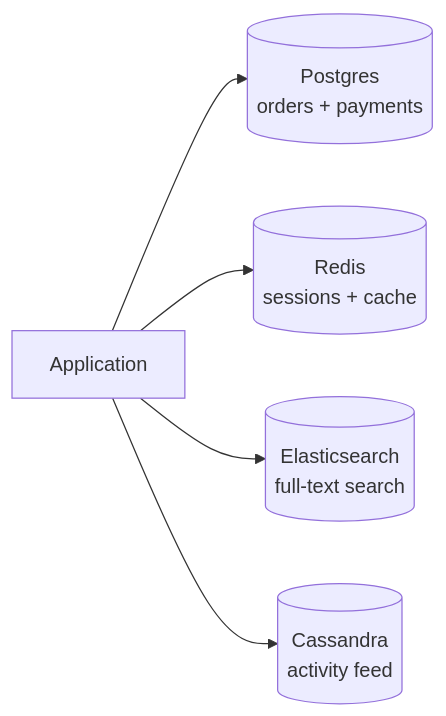
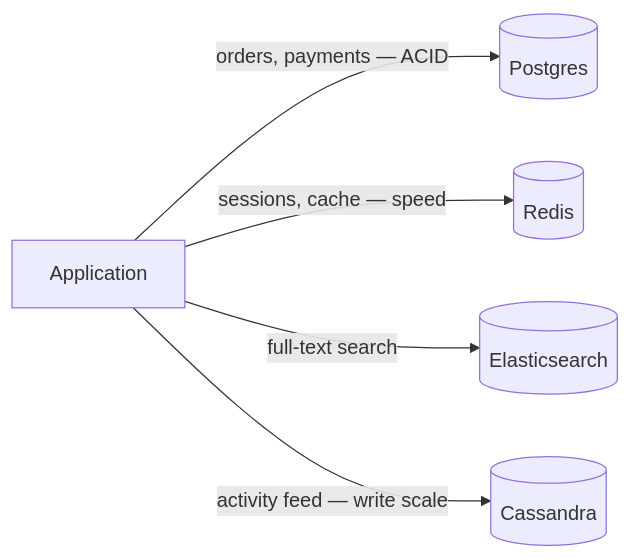
One commit to mohammad-mriesh-job/cortex changed the second of 2 diagrams in src/modules/system-design/content/04-databases/01-sql-vs-nosql.md. Above: the diagram before and after it, drawn with Mermaid. The commit also changed other lines of this file and 257 other files, not shown here.

````diff
--- a/src/modules/system-design/content/04-databases/01-sql-vs-nosql.md
+++ b/src/modules/system-design/content/04-databases/01-sql-vs-nosql.md
@@ -103,7 +103,7 @@
 ```mermaid
 flowchart LR
-  App[Application] --> PG[("Postgres<br/>orders + payments")]
-  App --> RD[("Redis<br/>sessions + cache")]
-  App --> ES[("Elasticsearch<br/>full-text search")]
-  App --> CS[("Cassandra<br/>activity feed")]
+  App[Application] -->|"orders, payments — ACID"| PG[(Postgres)]
+  App -->|"sessions, cache — speed"| RD[(Redis)]
+  App -->|"full-text search"| ES[(Elasticsearch)]
+  App -->|"activity feed — write scale"| CS[(Cassandra)]
 ```
````
